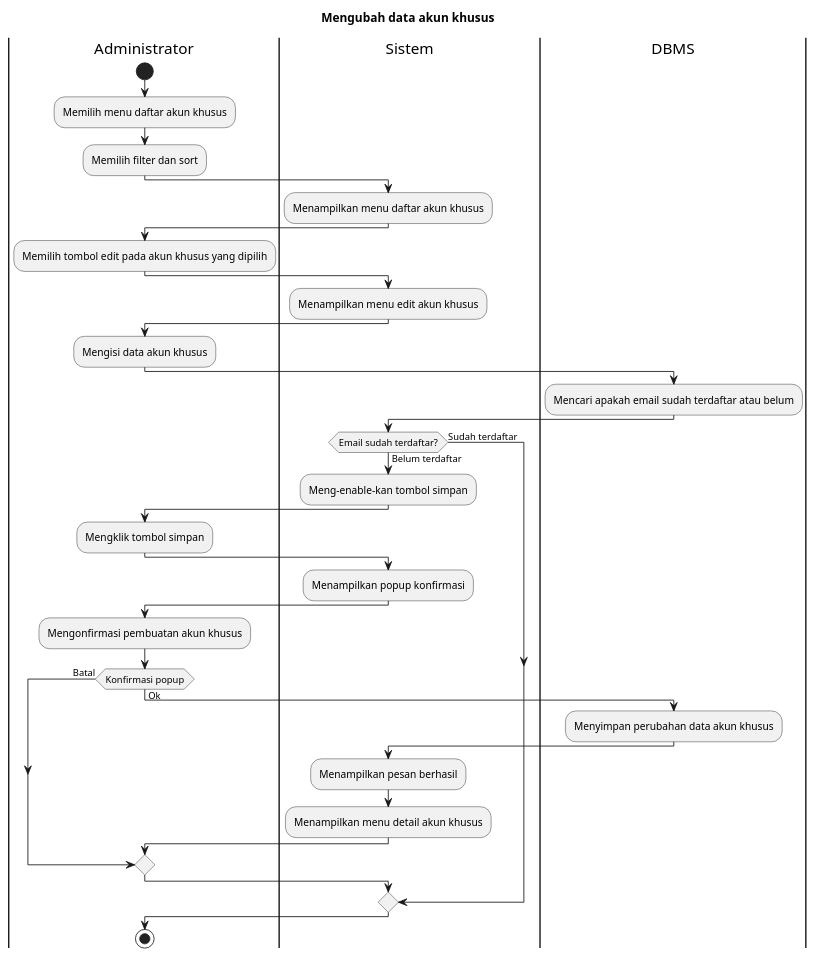
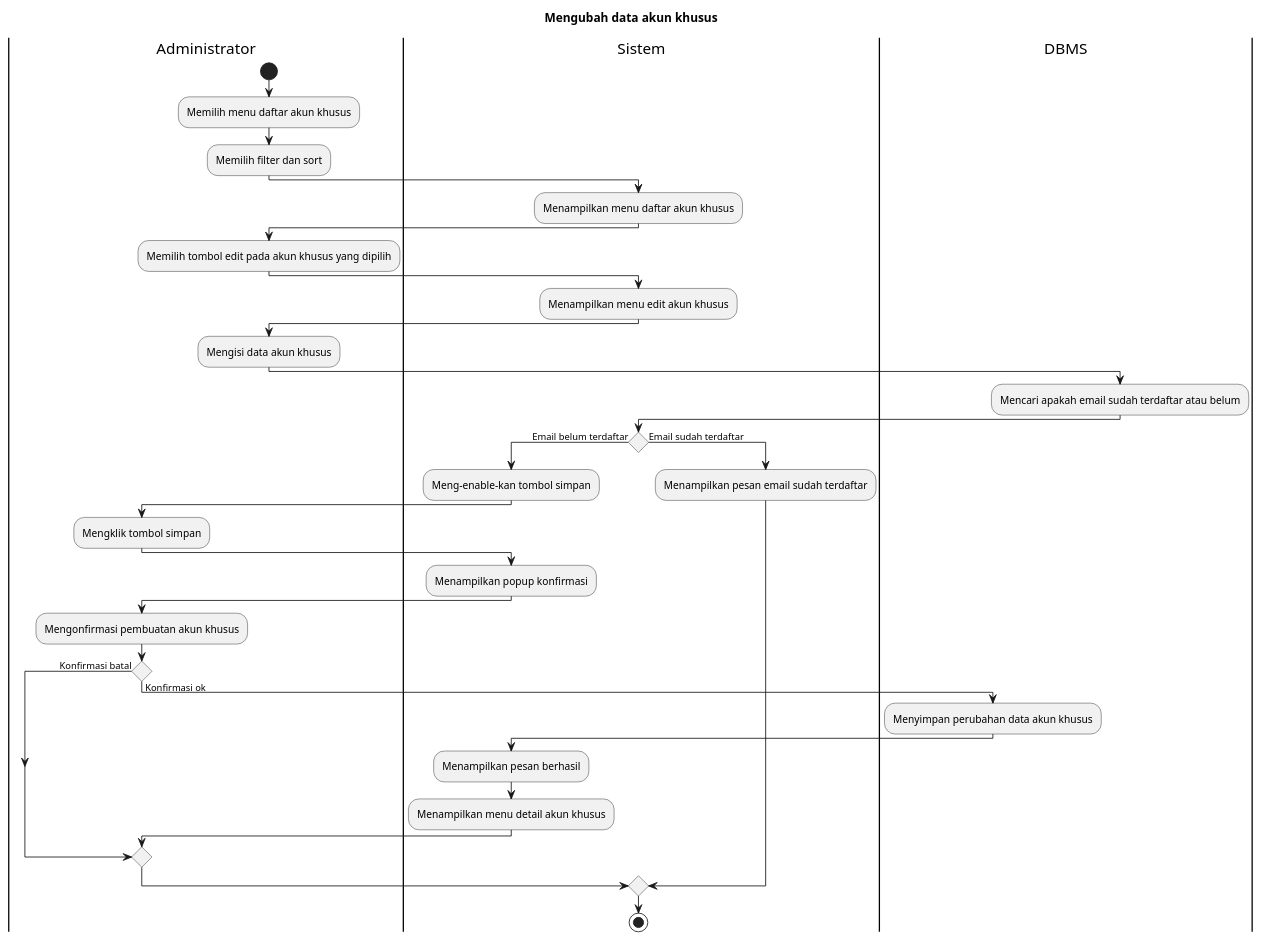
Before and after one commit to bagusNA/appl-diagrams: the diagram in Activity Diagrams/UC-MGUSER - Manajemen Pengguna/UC-MGUSER-012 - Mengubah data akun khusus.puml, drawn with PlantUML. The commit also changed 35 other files, not shown here.

```diff
--- a/Activity Diagrams/UC-MGUSER - Manajemen Pengguna/UC-MGUSER-012 - Mengubah data akun khusus.puml
+++ b/Activity Diagrams/UC-MGUSER - Manajemen Pengguna/UC-MGUSER-012 - Mengubah data akun khusus.puml
@@ -1,52 +1,53 @@
 @startuml UC-MGUSER-012 - Mengubah data akun khusus
 title Mengubah data akun khusus
 
 |Administrator|
 start
 :Memilih menu daftar akun khusus;
 :Memilih filter dan sort;
 
 |Sistem|
 :Menampilkan menu daftar akun khusus;
 
 |Administrator|
 :Memilih tombol edit pada akun khusus yang dipilih;
 
 |Sistem|
 :Menampilkan menu edit akun khusus;
 
 |Administrator|
 :Mengisi data akun khusus;
 
 |DBMS|
 :Mencari apakah email sudah terdaftar atau belum;
 
 |Sistem|
-if (Email sudah terdaftar?) then (Sudah terdaftar)
-else (Belum terdaftar)
+if () then (Email belum terdaftar)
   :Meng-enable-kan tombol simpan;
 
   |Administrator|
   :Mengklik tombol simpan;
   
   |Sistem|
   :Menampilkan popup konfirmasi;
 
   |Administrator|
   :Mengonfirmasi pembuatan akun khusus;
 
-  if (Konfirmasi popup) then (Batal)
-  else (Ok)
+  if () then (Konfirmasi batal)
+  else (Konfirmasi ok)
     |DBMS|
     :Menyimpan perubahan data akun khusus;
 
     |Sistem|
     :Menampilkan pesan berhasil;
     :Menampilkan menu detail akun khusus;
   endif
+else (Email sudah terdaftar)
+  |Sistem|
+  :Menampilkan pesan email sudah terdaftar;
 endif
 
-|Administrator|
 stop
 
 @enduml
```
